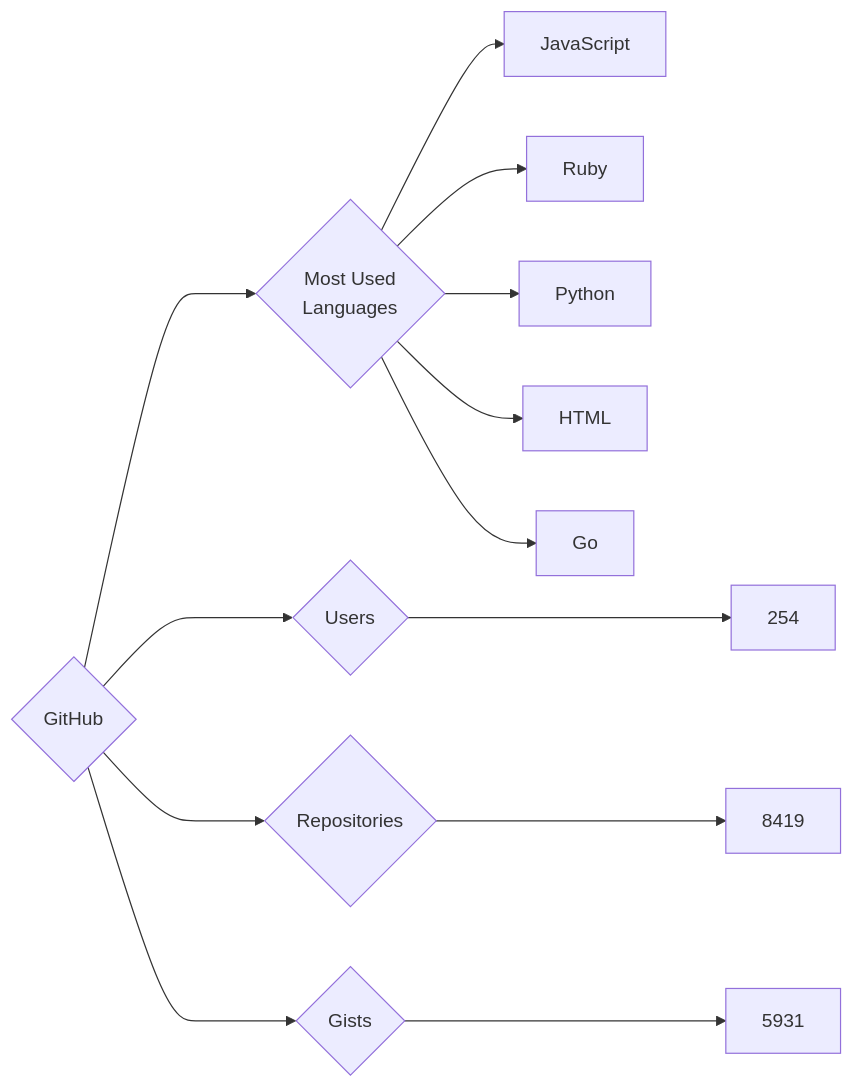
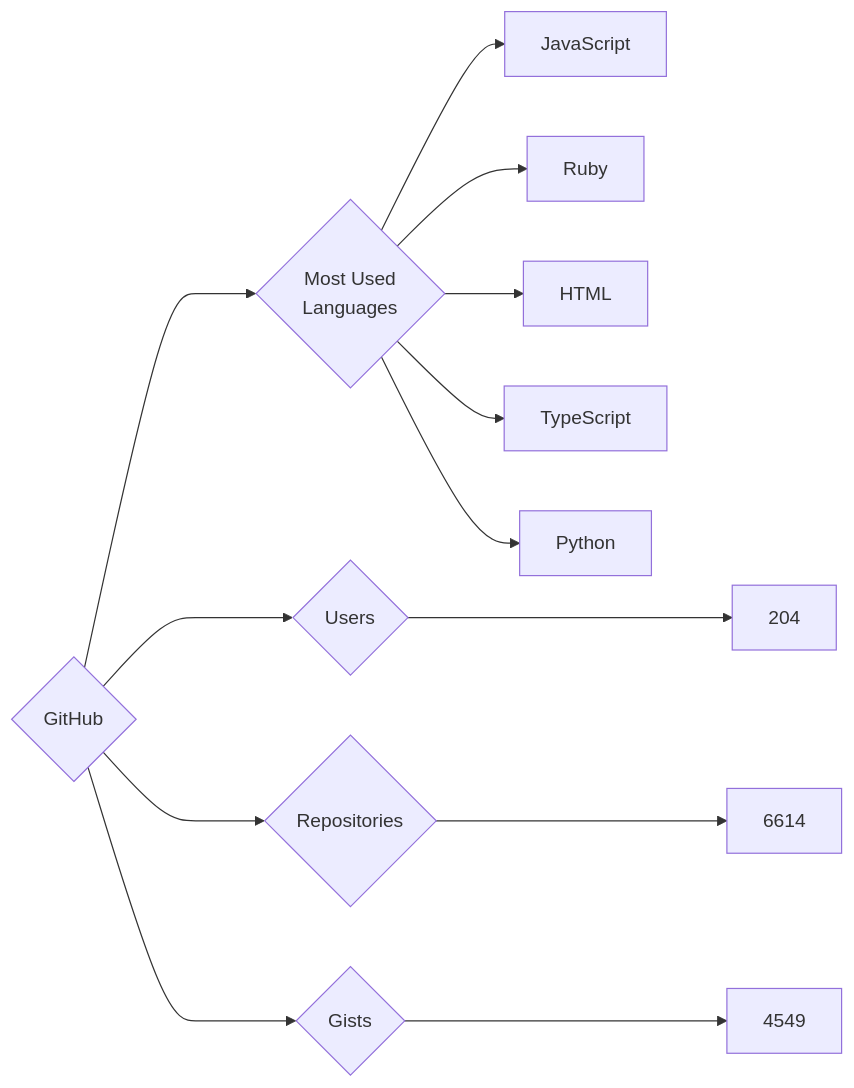
The diagram in targets/GitHub/README.md (trickest/insiders), drawn with Mermaid before and after one commit. The commit also changed 861 other files, not shown here.

````diff
--- a/targets/GitHub/README.md
+++ b/targets/GitHub/README.md
@@ -3,13 +3,13 @@
 ```mermaid
 graph LR
 COMPANY_NAME{GitHub}
-COMPANY_NAME ---> U{Users} ---> UN[254]
-COMPANY_NAME ---> R{Repositories} ---> RN[8419]
-COMPANY_NAME ---> G{Gists} ---> GN[5931]
+COMPANY_NAME ---> U{Users} ---> UN[204]
+COMPANY_NAME ---> R{Repositories} ---> RN[6614]
+COMPANY_NAME ---> G{Gists} ---> GN[4549]
 COMPANY_NAME ---> ML{Most Used<br>Languages}
 ML --> JavaScript[JavaScript]
 ML --> Ruby[Ruby]
+ML --> HTML[HTML]
+ML --> TypeScript[TypeScript]
 ML --> Python[Python]
-ML --> HTML[HTML]
-ML --> Go[Go]
 ```
````
